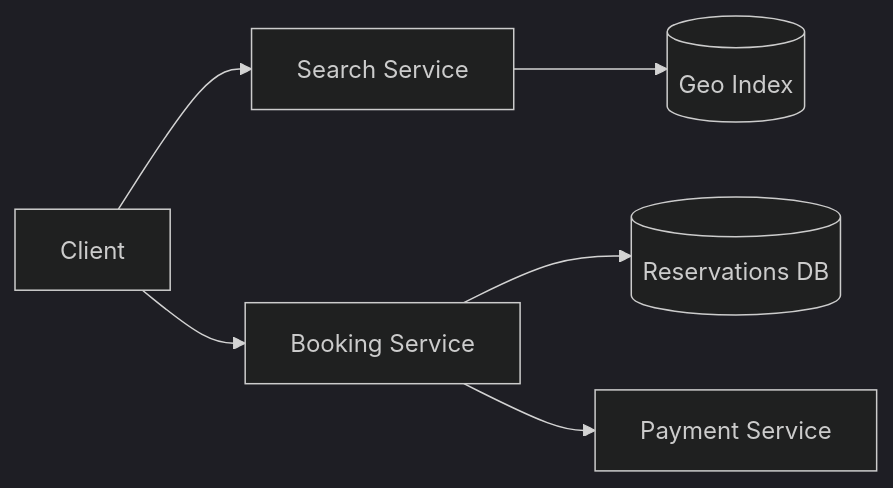
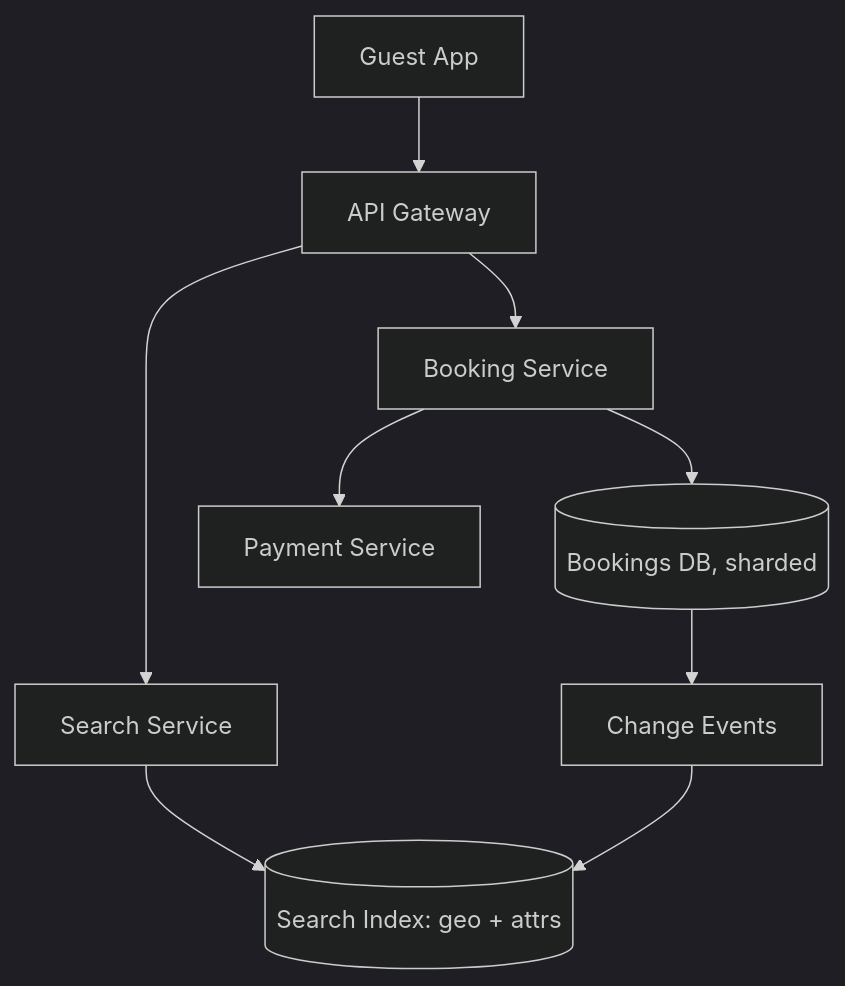
The first of 2 diagrams in questions/design-airbnb.md (design-gurus/grokking-system-design), drawn with Mermaid (dark theme) before and after one commit. The commit also changed other lines of this file and 19 other files, not shown here.

````diff
--- a/questions/design-airbnb.md
+++ b/questions/design-airbnb.md
@@ -21,8 +78,11 @@
 ```mermaid
-flowchart LR
-    Client --> Search[Search Service]
-    Search --> Geo[(Geo Index)]
-    Client --> Book[Booking Service]
-    Book --> DB[(Reservations DB)]
+flowchart TD
+    Guest[Guest App] --> GW[API Gateway]
+    GW --> Search[Search Service]
+    GW --> Book[Booking Service]
+    Search --> Idx[("Search Index: geo + attrs")]
+    Book --> DB[("Bookings DB, sharded")]
     Book --> Pay[Payment Service]
+    DB --> Q[Change Events]
+    Q --> Idx
 ```
````
